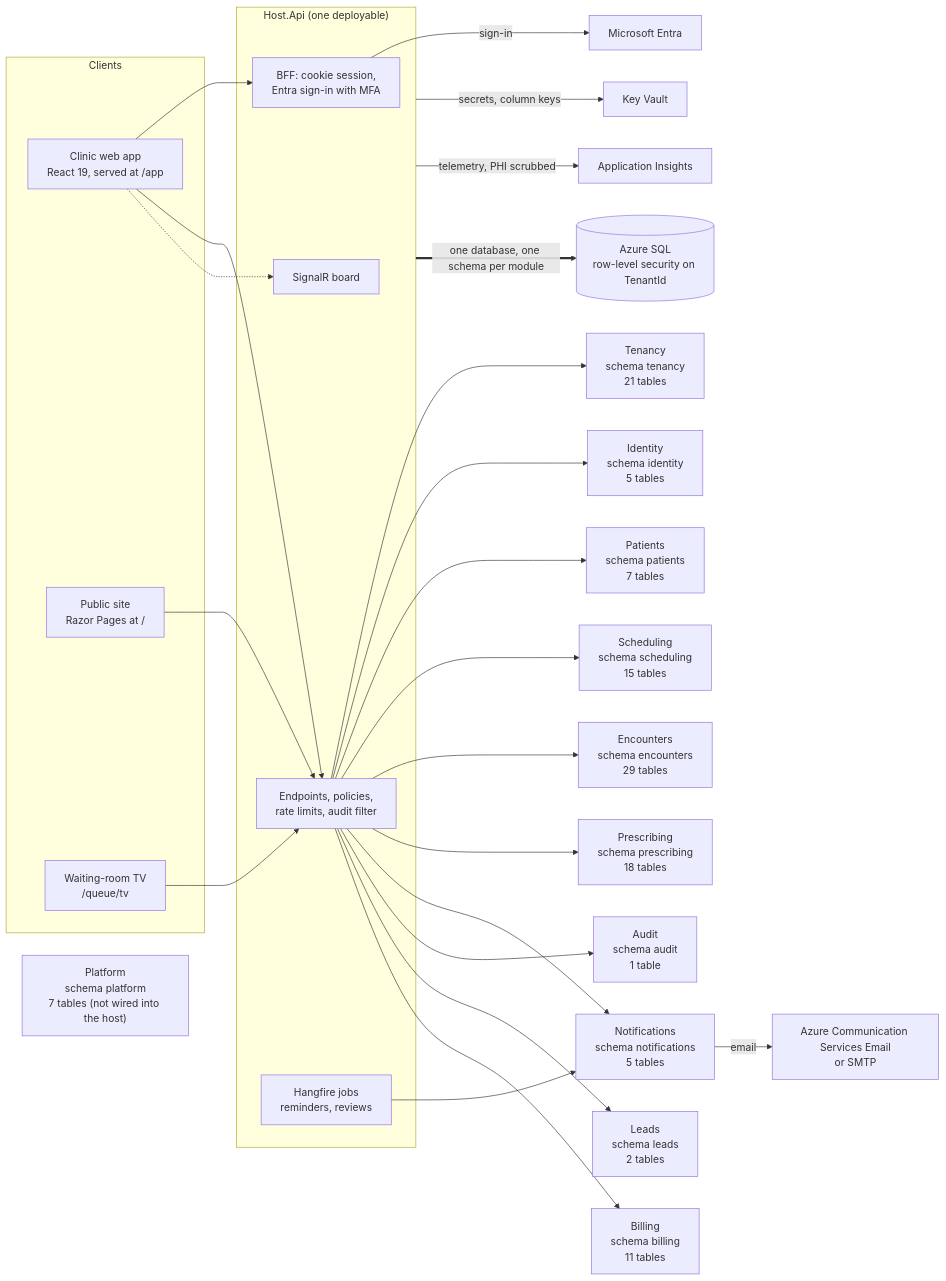
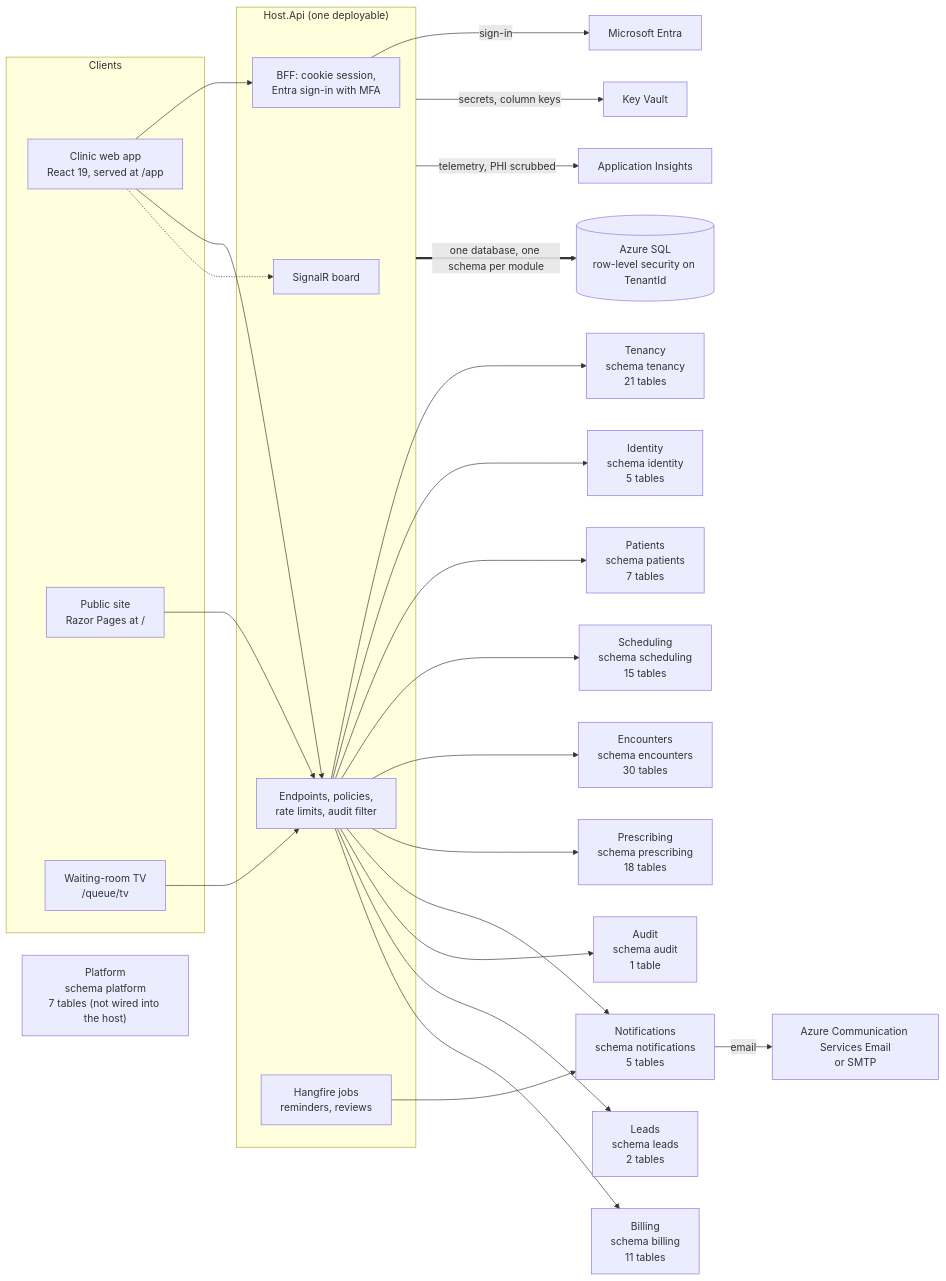
Before and after one commit to ALFRED-LUCIFER/medvya: the first of 14 diagrams in docs/03-architecture/erd.md, drawn with Mermaid. The commit also changed other lines of this file and 22 other files, not shown here.

````diff
--- a/docs/03-architecture/erd.md
+++ b/docs/03-architecture/erd.md
@@ -15,36 +15,36 @@
 ```mermaid
 flowchart LR
   subgraph Clients
     web["Clinic web app<br/>React 19, served at /app"]
     site["Public site<br/>Razor Pages at /"]
     tv["Waiting-room TV<br/>/queue/tv"]
   end
   subgraph Host["Host.Api (one deployable)"]
     bff["BFF: cookie session,<br/>Entra sign-in with MFA"]
     api["Endpoints, policies,<br/>rate limits, audit filter"]
     hub["SignalR board"]
     jobs["Hangfire jobs<br/>reminders, reviews"]
   end
   web --> bff
   web --> api
   web -.-> hub
   tv --> api
   site --> api
   api --> Tenancy["Tenancy<br/>schema tenancy<br/>21 tables"]
   api --> Identity["Identity<br/>schema identity<br/>5 tables"]
   api --> Patients["Patients<br/>schema patients<br/>7 tables"]
   api --> Scheduling["Scheduling<br/>schema scheduling<br/>15 tables"]
-  api --> Encounters["Encounters<br/>schema encounters<br/>29 tables"]
+  api --> Encounters["Encounters<br/>schema encounters<br/>30 tables"]
   api --> Prescribing["Prescribing<br/>schema prescribing<br/>18 tables"]
   api --> Notifications["Notifications<br/>schema notifications<br/>5 tables"]
   api --> Audit["Audit<br/>schema audit<br/>1 table"]
   api --> Leads["Leads<br/>schema leads<br/>2 tables"]
   api --> Billing["Billing<br/>schema billing<br/>11 tables"]
   Platform["Platform<br/>schema platform<br/>7 tables (not wired into the host)"]
   jobs --> Notifications
   bff -->|"sign-in"| entra["Microsoft Entra"]
   Notifications -->|"email"| mail["Azure Communication Services Email<br/>or SMTP"]
   Host -->|"secrets, column keys"| kv["Key Vault"]
   Host -->|"telemetry, PHI scrubbed"| ai["Application Insights"]
   Host ==>|"one database, one schema per module"| sql[("Azure SQL<br/>row-level security on TenantId")]
 ```
````
